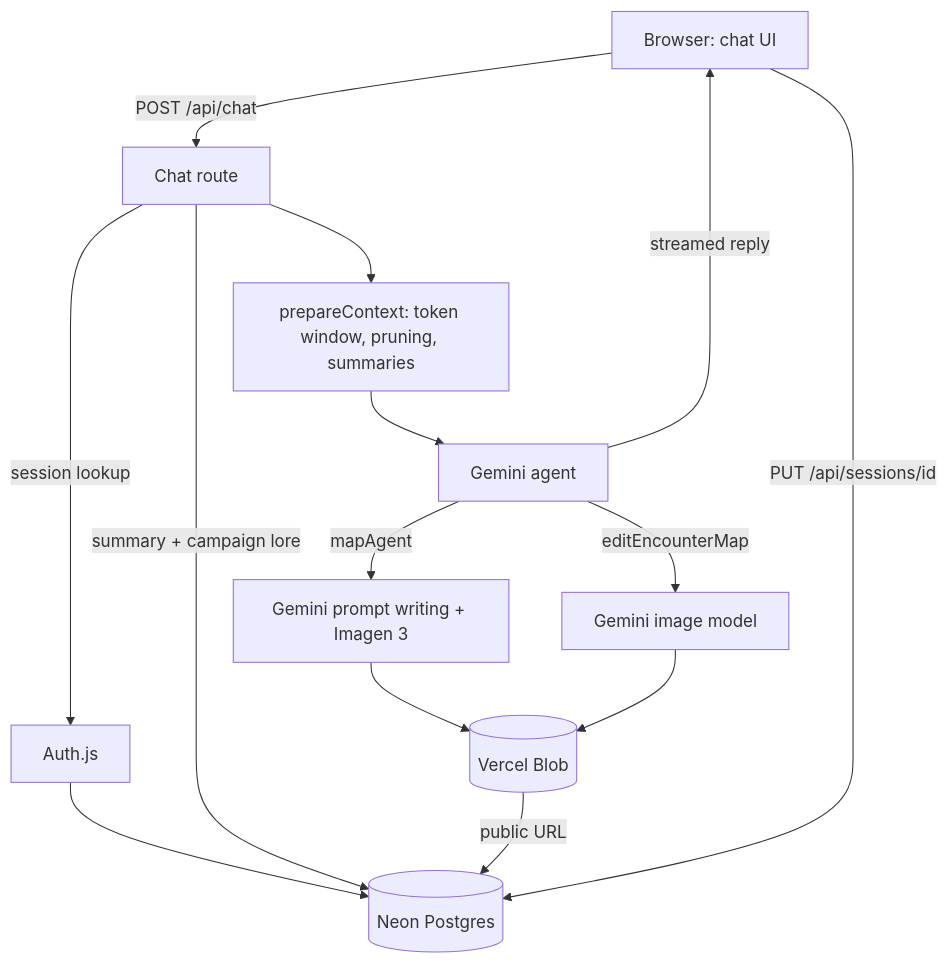
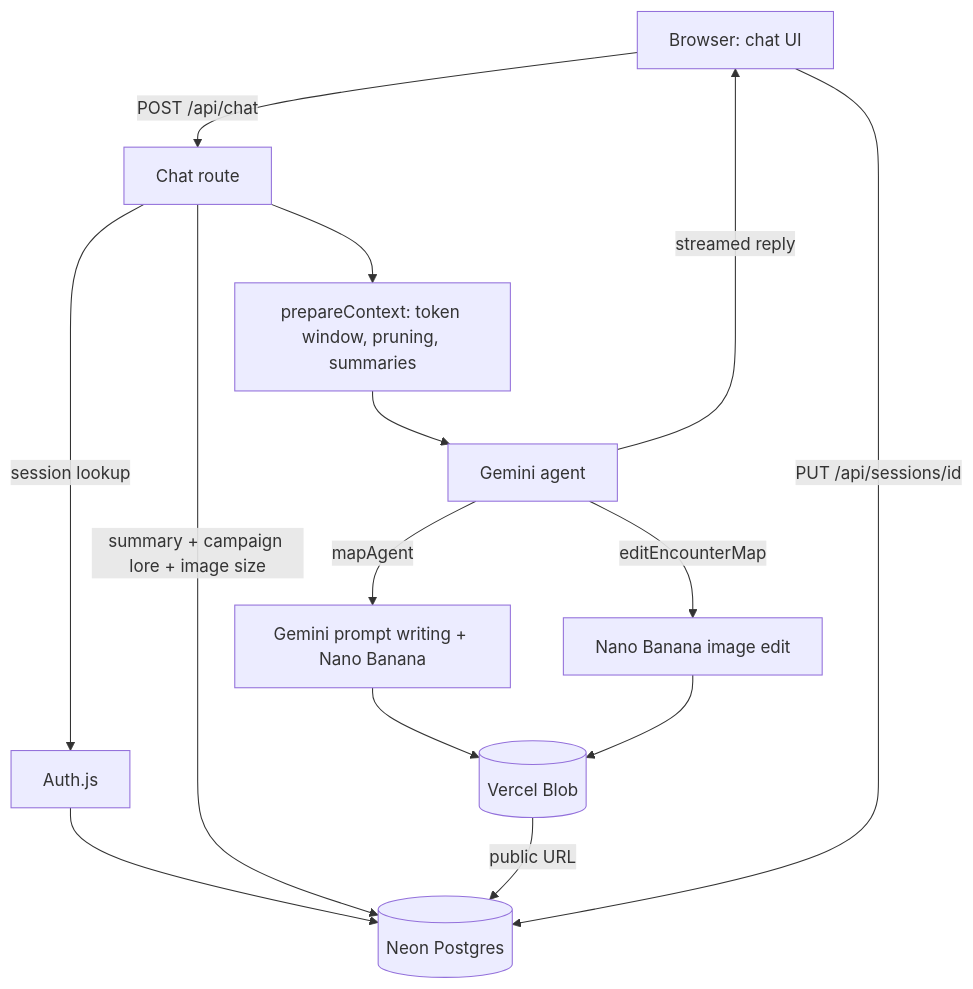
One commit to Gal-Gilor/fabled-campaigns changed the diagram in README.md. Above: the diagram before and after it, drawn with Mermaid. The commit also changed other lines of this file and 23 other files, not shown here.

First line of the commit message:
Replace Imagen with gemini-3.1-flash-image and add map image quality setting (#38)

````diff
--- a/README.md
+++ b/README.md
@@ -106,16 +117,16 @@
 ```mermaid
 flowchart TD
   B[Browser: chat UI] -->|POST /api/chat| C[Chat route]
   C -->|session lookup| A[Auth.js]
   A --> N[(Neon Postgres)]
-  C -->|summary + campaign lore| N
+  C -->|summary + campaign lore + image size| N
   C --> P[prepareContext: token window, pruning, summaries]
   P --> G[Gemini agent]
-  G -->|mapAgent| I[Gemini prompt writing + Imagen 3]
-  G -->|editEncounterMap| E[Gemini image model]
+  G -->|mapAgent| I[Gemini prompt writing + Nano Banana]
+  G -->|editEncounterMap| E[Nano Banana image edit]
   I --> BL[(Vercel Blob)]
   E --> BL
   BL -->|public URL| N
   G -->|streamed reply| B
   B -->|PUT /api/sessions/id| N
 ```
````
